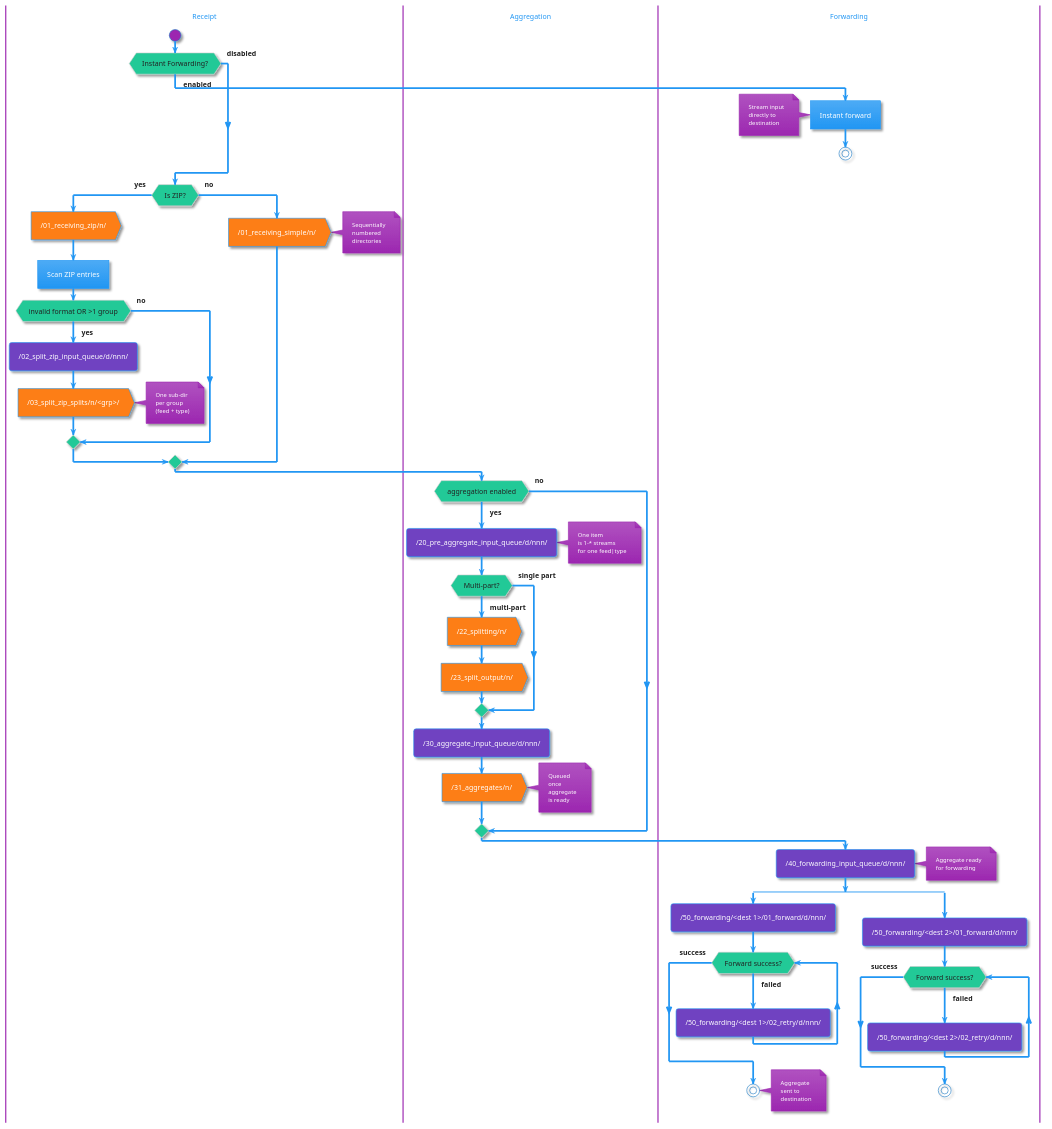
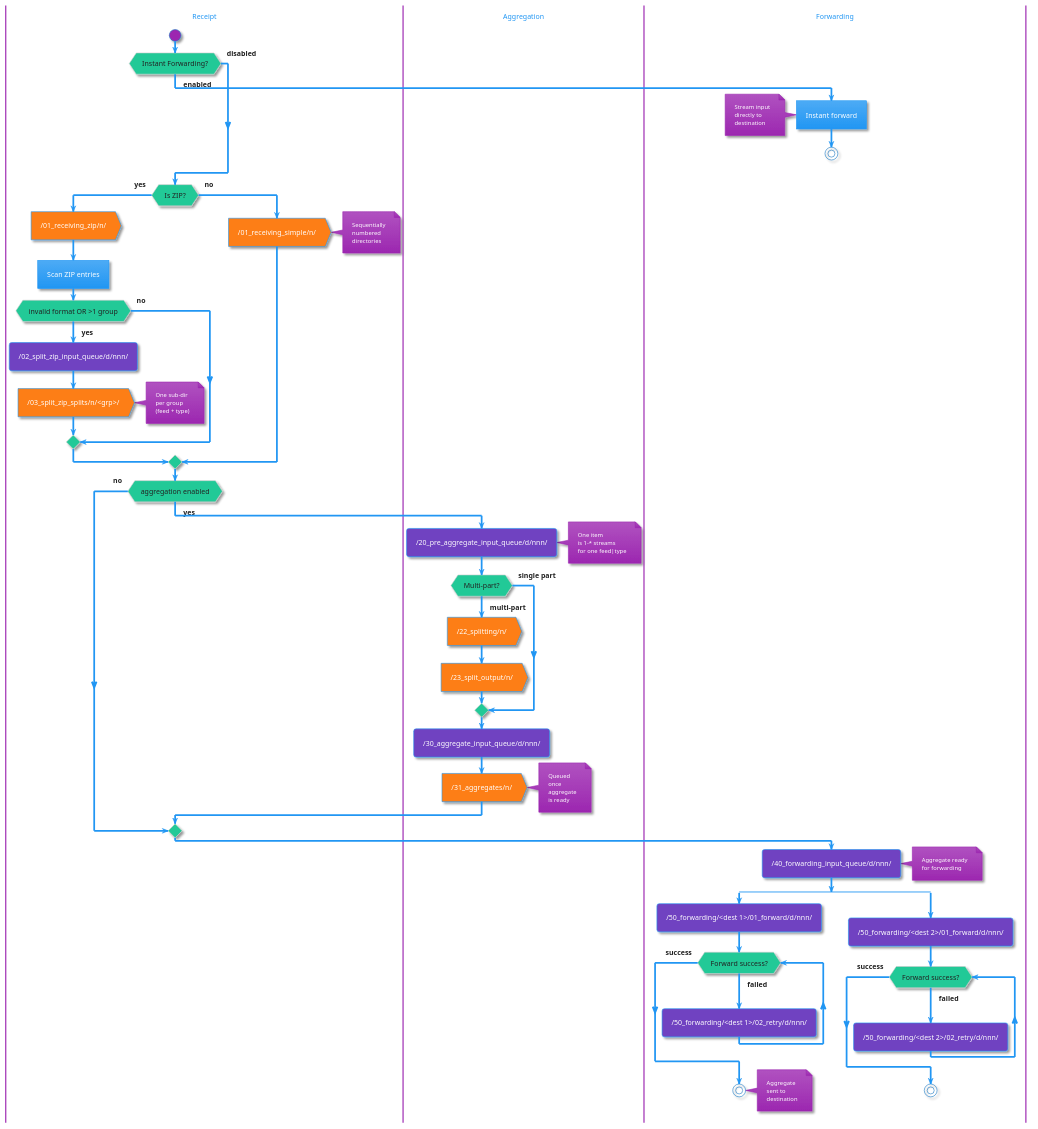
One commit to gchq/stroom-docs changed the diagram in assets/images/proxy/architecture.puml. Above: the diagram before and after it, drawn with PlantUML. The commit also changed 1 other file, not shown here.

Commit message:
Proxy architecture WIP

```diff
--- a/assets/images/proxy/architecture.puml
+++ b/assets/images/proxy/architecture.puml
@@ -1,132 +1,133 @@
 @startuml
 !theme materia
 
 
 <style>
 activityDiagram {
   `BackgroundColor #33668E
   `BorderColor #33668E
   `FontColor #888
   `FontName arial
 
   diamond {
     BackgroundColor $TEAL
     `LineColor #00FF00
     `FontColor white
     `FontName arial
     `FontSize 15
   }
   arrow {
     `FontColor gold
     `FontName arial
     `FontSize 15
     FontStyle Bold
   }
   note {
     `FontColor Blue
     `LineColor Navy
     `BackgroundColor $CYAN
     FontSize 10
   }
 }
 document {
    BackgroundColor transparent
 }
 </style>
 
 | Receipt |
 | Aggregation |
 | Forwarding |
 
 | Receipt |
 start
 
 if (Instant Forwarding?) then (enabled)
   | Forwarding |
   :Instant forward; <<task>>
   note left
     Stream input
     directly to
     destination
   end note
   stop
 else (disabled)
 endif
 
 | Receipt |
 if (Is ZIP?) then (yes)
   $ORANGE:/01_receiving_zip/n/; <<output>>
   :Scan ZIP entries; <<task>>
     if (invalid format OR >1 group) then (yes)
       $PURPLE:/02_split_zip_input_queue/d/nnn/;
       $ORANGE:/03_split_zip_splits/n/<grp>/; <<output>>
       note right
         One sub-dir
         per group
         (feed + type)
       end note
     else (no)
     endif
 else (no)
   $ORANGE:/01_receiving_simple/n/; <<output>>
   note right
     Sequentially
     numbered
     directories
   end note
 endif
 
-| Aggregation |
 if (aggregation enabled) then (yes)
+  | Aggregation |
   $PURPLE:/20_pre_aggregate_input_queue/d/nnn/;
   note right
     One item
     is 1-* streams
     for one feed|type
   end note
   if (Multi-part?) then (multi-part)
     $ORANGE:/22_splitting/n/; <<output>>
     $ORANGE:/23_split_output/n/; <<output>>
   else (single part)
     | Aggregation |
   endif
 
   $PURPLE:/30_aggregate_input_queue/d/nnn/;
   $ORANGE:/31_aggregates/n/; <<output>>
   note right
     Queued
     once
     aggregate
     is ready
   end note
+  | Forwarding |
 else (no)
   | Forwarding |
 endif
 
 | Forwarding |
 $PURPLE:/40_forwarding_input_queue/d/nnn/;
 note right
   Aggregate ready
   for forwarding
 end note
 
 split
 $PURPLE:/50_forwarding/<dest 1>/01_forward/d/nnn/;
 while (Forward success?) is (failed)
   $PURPLE:/50_forwarding/<dest 1>/02_retry/d/nnn/;
 endwhile (success)
 stop
 note right
   Aggregate
   sent to
   destination
 end note
 
 split again
 $PURPLE:/50_forwarding/<dest 2>/01_forward/d/nnn/;
 while (Forward success?) is (failed)
   $PURPLE:/50_forwarding/<dest 2>/02_retry/d/nnn/;
 endwhile (success)
 stop
 
 @enduml
```
